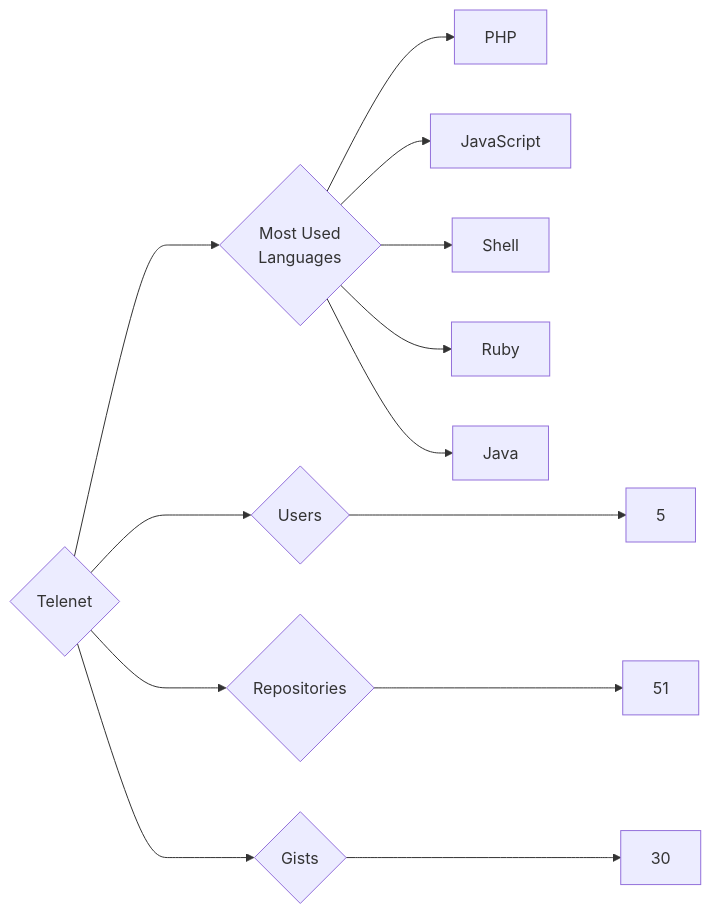
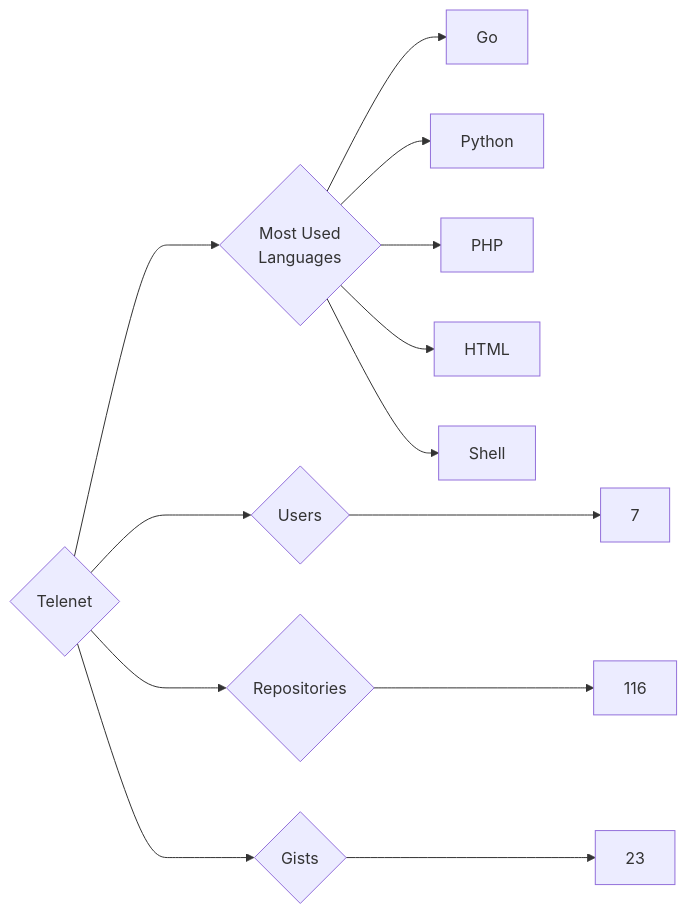
One commit to trickest/insiders changed the diagram in targets/Telenet/README.md. Above: the diagram before and after it, drawn with Mermaid. The commit also changed 1484 other files, not shown here.

````diff
--- a/targets/Telenet/README.md
+++ b/targets/Telenet/README.md
@@ -3,13 +3,13 @@
 ```mermaid
 graph LR
 COMPANY_NAME{Telenet}
-COMPANY_NAME ---> U{Users} ---> UN[5]
-COMPANY_NAME ---> R{Repositories} ---> RN[51]
-COMPANY_NAME ---> G{Gists} ---> GN[30]
+COMPANY_NAME ---> U{Users} ---> UN[7]
+COMPANY_NAME ---> R{Repositories} ---> RN[116]
+COMPANY_NAME ---> G{Gists} ---> GN[23]
 COMPANY_NAME ---> ML{Most Used<br>Languages}
+ML --> Go[Go]
+ML --> Python[Python]
 ML --> PHP[PHP]
-ML --> JavaScript[JavaScript]
+ML --> HTML[HTML]
 ML --> Shell[Shell]
-ML --> Ruby[Ruby]
-ML --> Java[Java]
 ```
````
